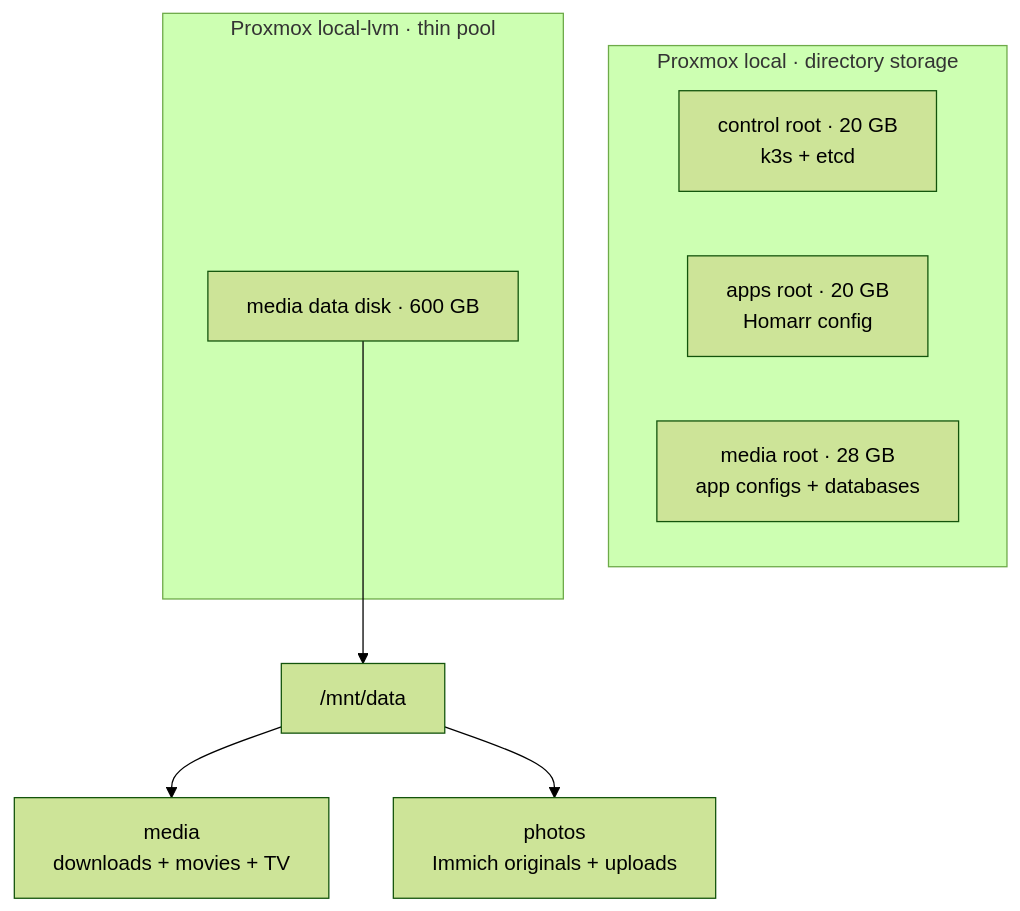
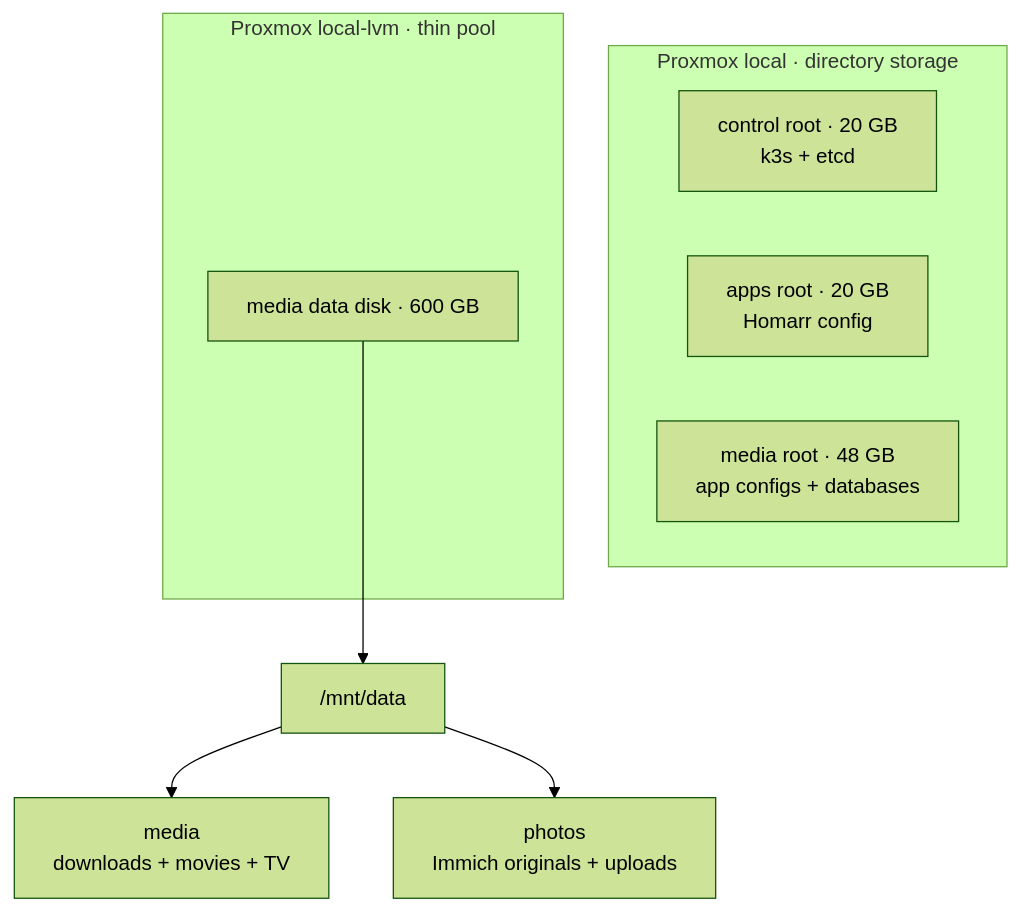
The first of 2 diagrams in docs/storage.md (chevlpcmp-lab/HomeFalloutServer), drawn with Mermaid (forest theme) before and after one commit. The commit also changed other lines of this file and 3 other files, not shown here.

````diff
--- a/docs/storage.md
+++ b/docs/storage.md
@@ -16,16 +16,16 @@
 ```mermaid
 flowchart TB
     subgraph Local["Proxmox local · directory storage"]
         CP["control root · 20 GB<br/>k3s + etcd"]
         Apps["apps root · 20 GB<br/>Homarr config"]
-        MediaRoot["media root · 28 GB<br/>app configs + databases"]
+        MediaRoot["media root · 48 GB<br/>app configs + databases"]
     end
 
     subgraph LVM["Proxmox local-lvm · thin pool"]
         Data["media data disk · 600 GB"]
     end
 
     Data --> Mount["/mnt/data"]
     Mount --> Media["media<br/>downloads + movies + TV"]
     Mount --> Photos["photos<br/>Immich originals + uploads"]
 ```
````
